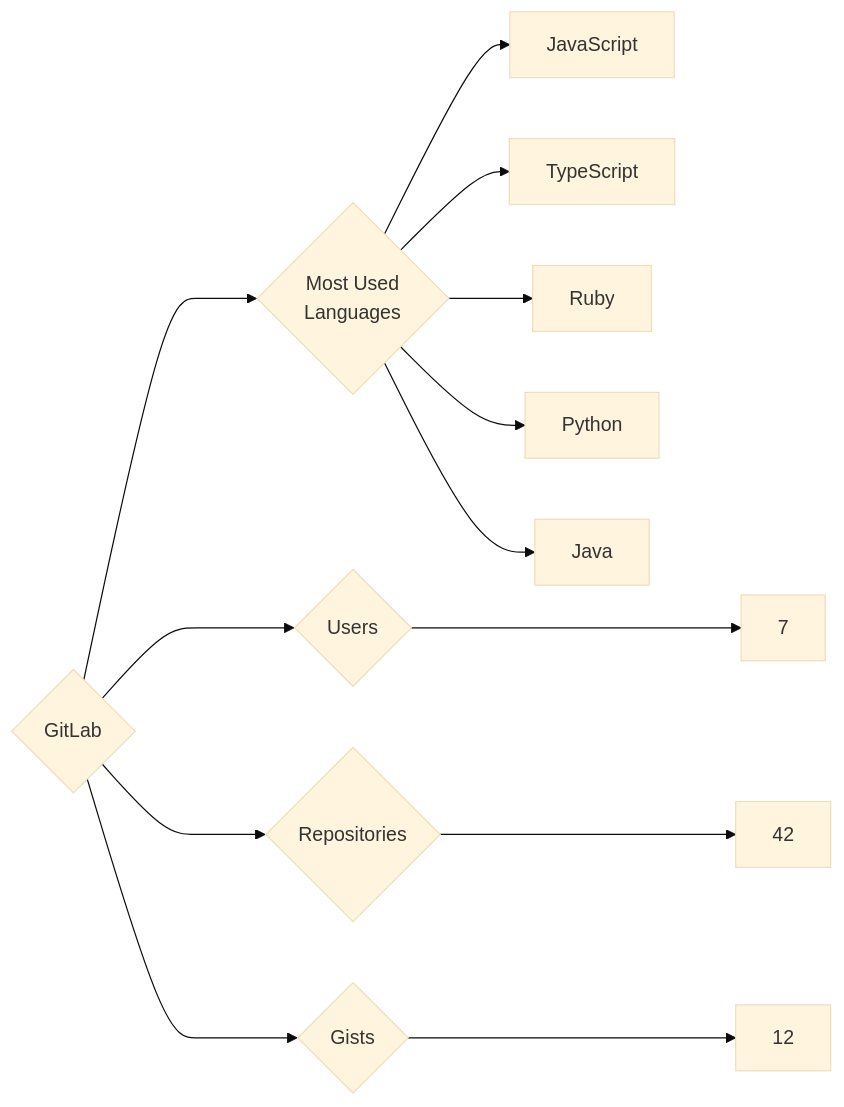
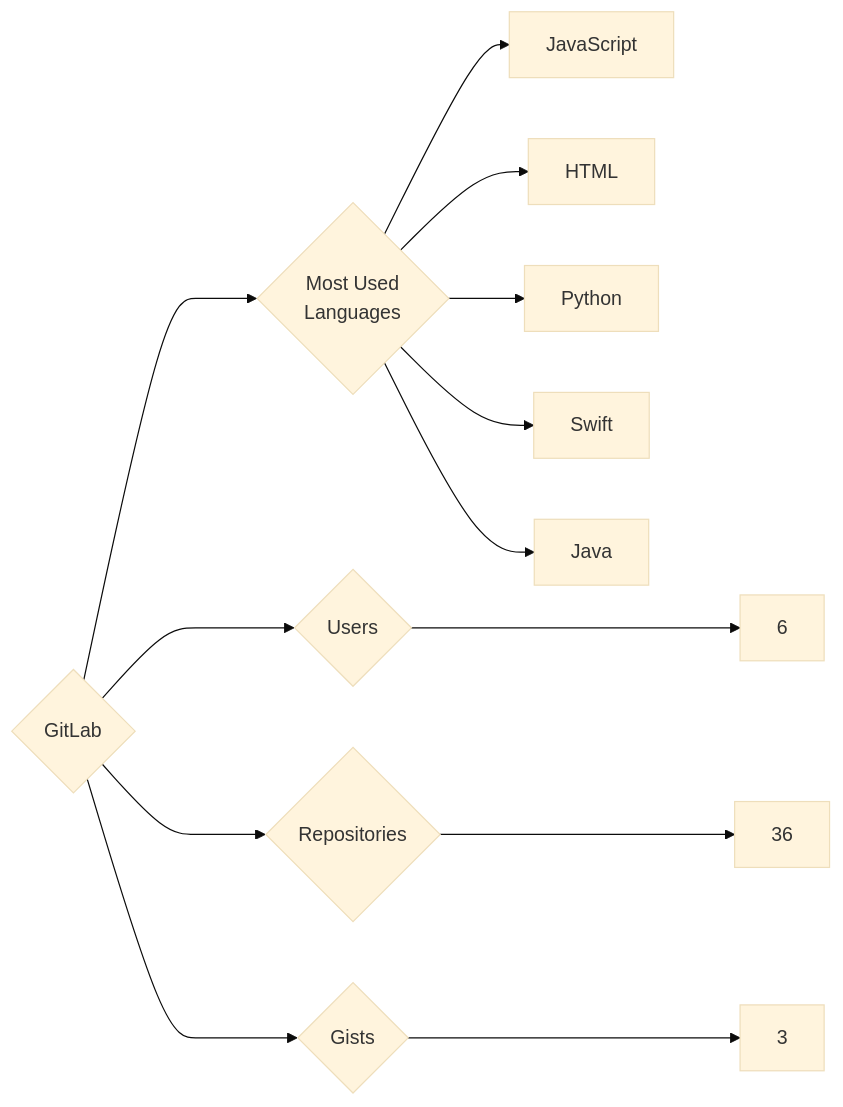
Before and after one commit to trickest/insiders: the diagram in targets/GitLab/README.md, drawn with Mermaid (base theme). The commit also changed 1023 other files, not shown here.

````diff
--- a/targets/GitLab/README.md
+++ b/targets/GitLab/README.md
@@ -3,13 +3,13 @@
 ```mermaid
 graph LR
 COMPANY_NAME{GitLab}
-COMPANY_NAME ---> U{Users} ---> UN[7]
-COMPANY_NAME ---> R{Repositories} ---> RN[42]
-COMPANY_NAME ---> G{Gists} ---> GN[12]
+COMPANY_NAME ---> U{Users} ---> UN[6]
+COMPANY_NAME ---> R{Repositories} ---> RN[36]
+COMPANY_NAME ---> G{Gists} ---> GN[3]
 COMPANY_NAME ---> ML{Most Used<br>Languages}
 ML --> JavaScript[JavaScript]
-ML --> TypeScript[TypeScript]
-ML --> Ruby[Ruby]
+ML --> HTML[HTML]
 ML --> Python[Python]
+ML --> Swift[Swift]
 ML --> Java[Java]
 ```
````
